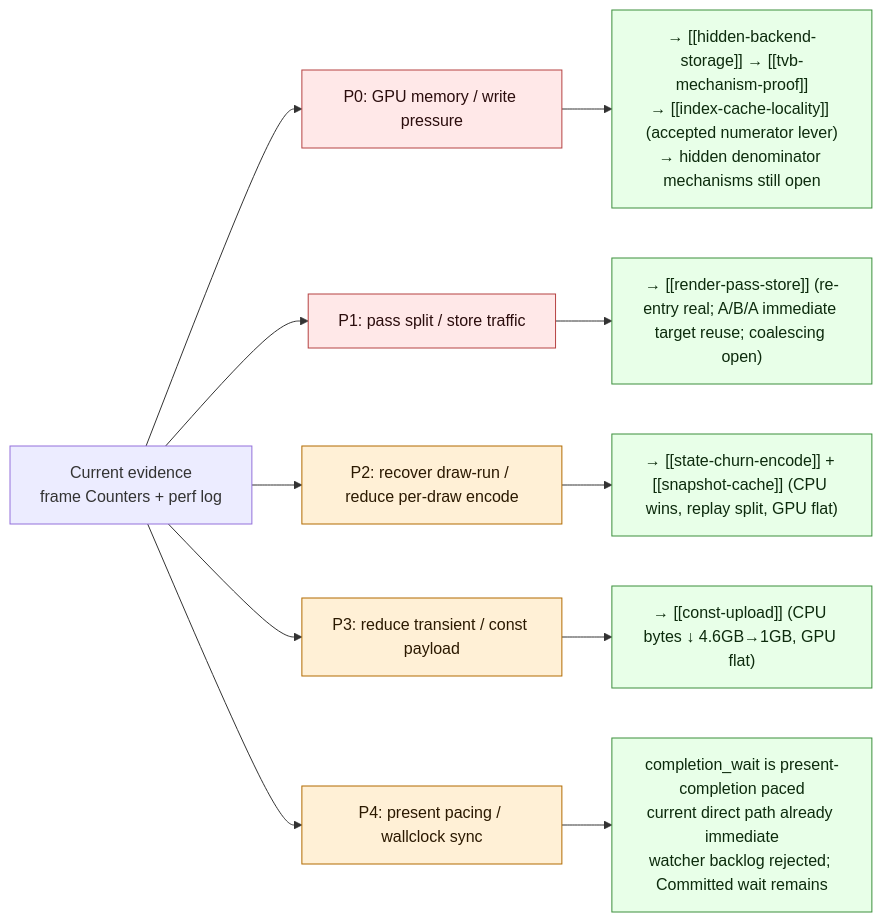
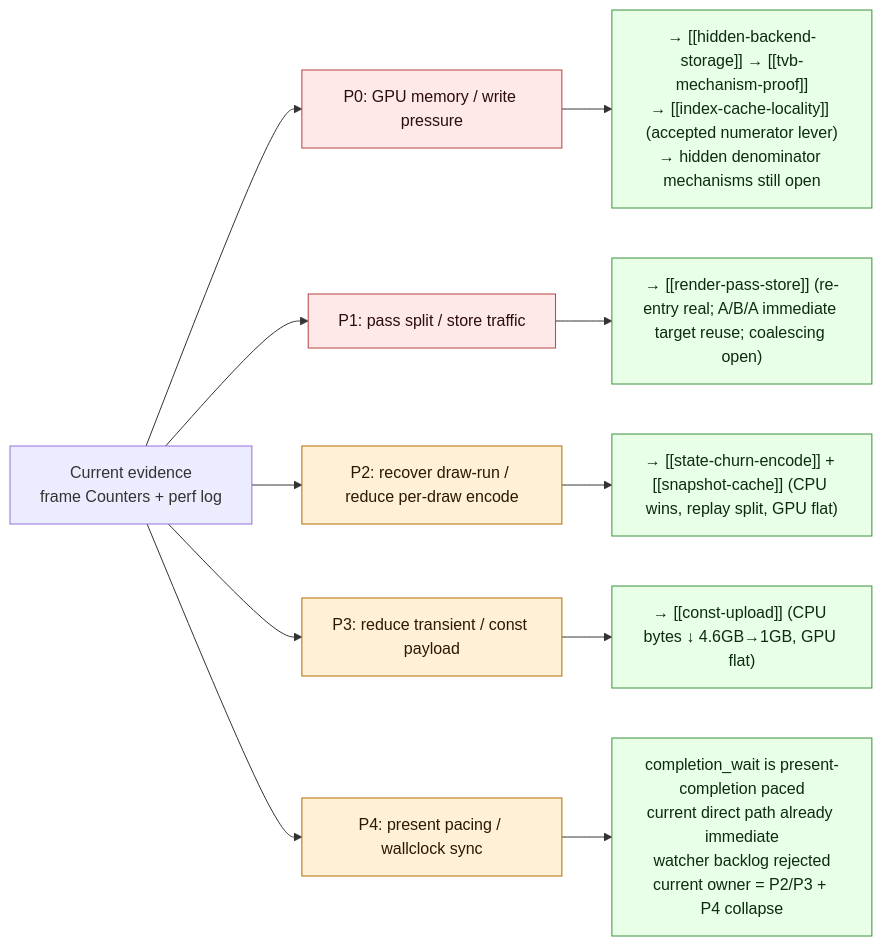
Before and after one commit to dfdgsdfg/dxmt9: the second of 3 diagrams in docs/perfomance/overview-3dmark05-gt1.md, drawn with Mermaid. The commit also changed other lines of this file and 4 other files, not shown here.

````diff
--- a/docs/perfomance/overview-3dmark05-gt1.md
+++ b/docs/perfomance/overview-3dmark05-gt1.md
@@ -562,21 +564,21 @@
 ```mermaid
 flowchart LR
   Start["Current evidence\nframe Counters + perf log"] --> P0["P0: GPU memory / write pressure"]
   Start --> P1["P1: pass split / store traffic"]
   Start --> P2["P2: recover draw-run / reduce per-draw encode"]
   Start --> P3["P3: reduce transient / const payload"]
   Start --> P4["P4: present pacing / wallclock sync"]
 
   P0 --> P0r["→ [[hidden-backend-storage]] → [[tvb-mechanism-proof]]\n→ [[index-cache-locality]] (accepted numerator lever)\n→ hidden denominator mechanisms still open"]
   P1 --> P1r["→ [[render-pass-store]] (re-entry real; A/B/A immediate target reuse; coalescing open)"]
   P2 --> P2r["→ [[state-churn-encode]] + [[snapshot-cache]] (CPU wins, replay split, GPU flat)"]
   P3 --> P3r["→ [[const-upload]] (CPU bytes ↓ 4.6GB→1GB, GPU flat)"]
-  P4 --> P4r["completion_wait is present-completion paced\ncurrent direct path already immediate\nwatcher backlog rejected; Committed wait remains"]
+  P4 --> P4r["completion_wait is present-completion paced\ncurrent direct path already immediate\nwatcher backlog rejected\ncurrent owner = P2/P3 + P4 collapse"]
 
   classDef p0 fill:#ffe8e8,stroke:#b64242,color:#2b0d0d
   classDef p1 fill:#fff0d6,stroke:#b26b00,color:#2b1900
   classDef act fill:#e8ffe8,stroke:#3c8f3c,color:#0d2b0d
   class P0,P1 p0
   class P2,P3,P4 p1
   class P0r,P1r,P2r,P3r,P4r act
 ```
````
